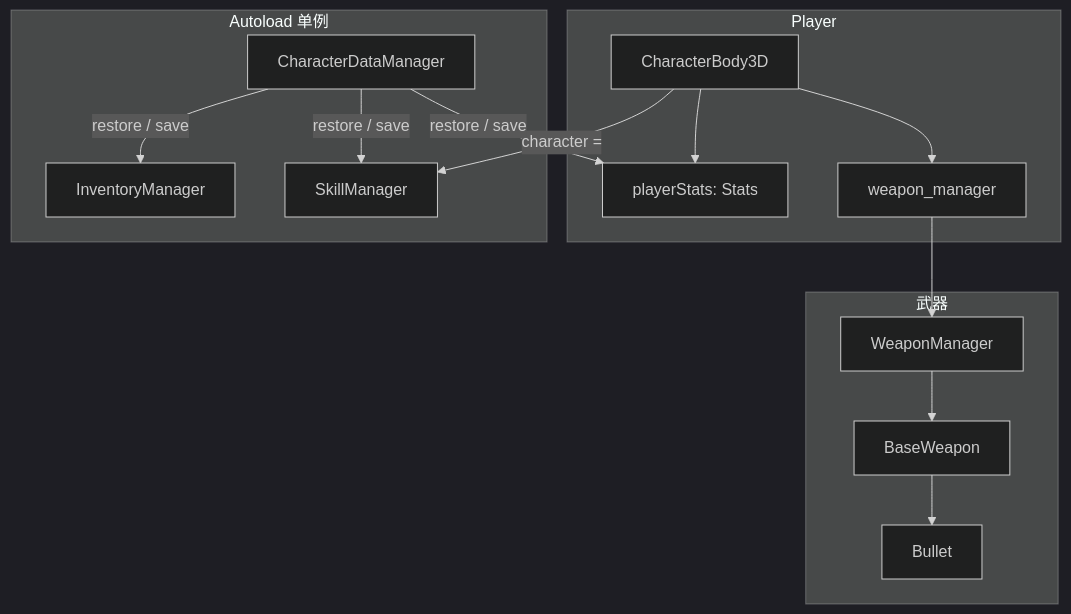
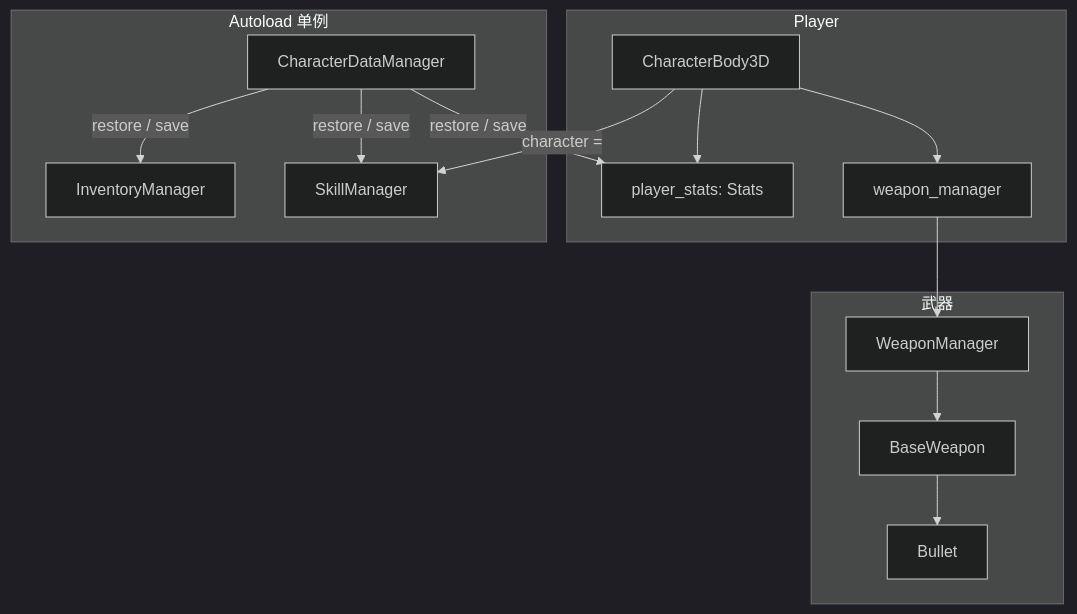
Before and after one commit to baixuan297/Human-Disaster: the diagram in docs/CHARACTER_AND_WEAPON_OVERVIEW.md, drawn with Mermaid (dark theme). The commit also changed other lines of this file and 50 other files, not shown here.

````diff
--- a/docs/CHARACTER_AND_WEAPON_OVERVIEW.md
+++ b/docs/CHARACTER_AND_WEAPON_OVERVIEW.md
@@ -9,27 +9,27 @@
 ```mermaid
 flowchart TB
     subgraph player [Player]
         PlayerNode[CharacterBody3D]
-        PlayerStats[playerStats: Stats]
+        PlayerStats[player_stats: Stats]
         WeaponMgrRef[weapon_manager]
     end
     subgraph autoload [Autoload 单例]
         SkillMgr[SkillManager]
         InvMgr[InventoryManager]
         CharData[CharacterDataManager]
     end
     subgraph weapon [武器]
         WeaponManager[WeaponManager]
         BaseWeapon[BaseWeapon]
         Bullet[Bullet]
     end
     PlayerNode -->|"character ="| SkillMgr
     PlayerNode --> PlayerStats
     PlayerNode --> WeaponMgrRef
     WeaponMgrRef --> WeaponManager
     WeaponManager --> BaseWeapon
     BaseWeapon --> Bullet
     CharData -->|"restore / save"| InvMgr
     CharData -->|"restore / save"| SkillMgr
     CharData -->|"restore / save"| PlayerStats
 ```
````
